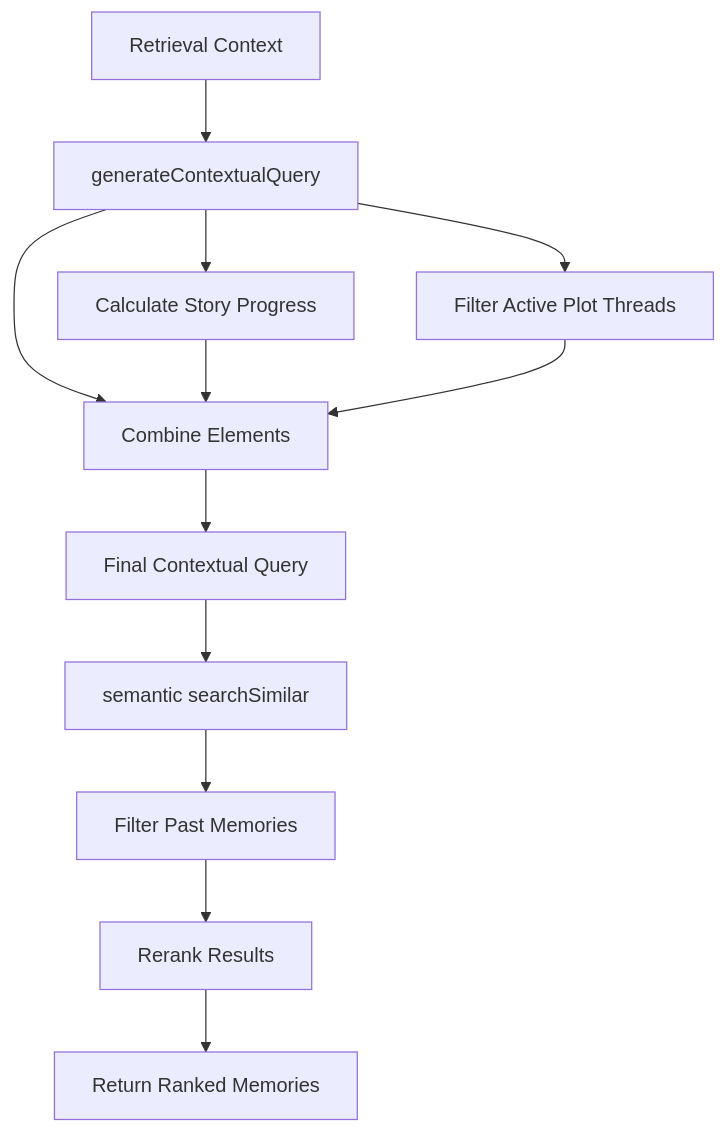
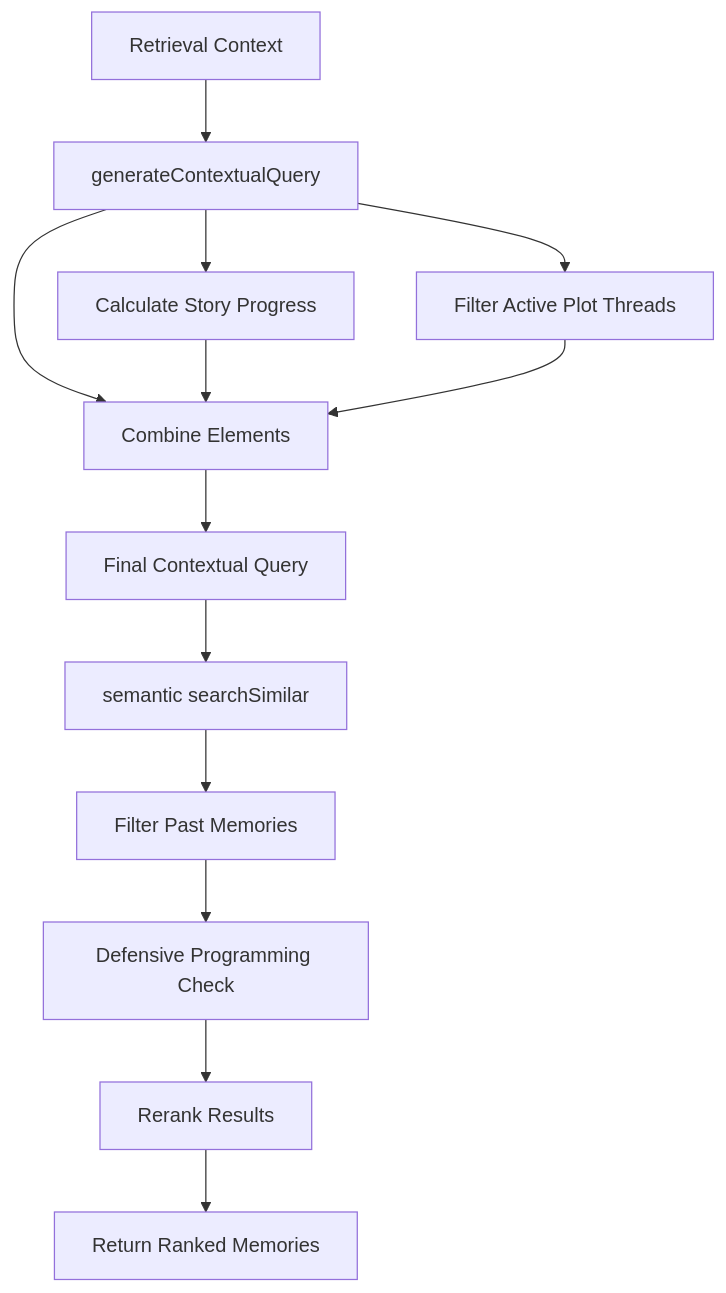
One commit to liwonder/NARRITIVE_OS changed the eighth of 12 diagrams in .qoder/repowiki/en/content/Memory Management System/Vector Memory System.md. Above: the diagram before and after it, drawn with Mermaid. The commit also changed other lines of this file and 17 other files, not shown here.

````diff
--- a/.qoder/repowiki/en/content/Memory Management System/Vector Memory System.md
+++ b/.qoder/repowiki/en/content/Memory Management System/Vector Memory System.md
@@ -363,14 +383,15 @@
 ```mermaid
 flowchart TD
 Context[Retrieval Context] --> GenQuery[generateContextualQuery]
 GenQuery --> Progress[Calculate Story Progress]
 GenQuery --> ActiveThreads[Filter Active Plot Threads]
 GenQuery --> Combine[Combine Elements]
 Progress --> Combine
 ActiveThreads --> Combine
 Combine --> Query[Final Contextual Query]
 Query --> Search[semantic searchSimilar]
 Search --> Filter[Filter Past Memories]
-Filter --> Rerank[Rerank Results]
+Filter --> DefensiveCheck[Defensive Programming Check]
+DefensiveCheck --> Rerank[Rerank Results]
 Rerank --> Return[Return Ranked Memories]
 ```
````
